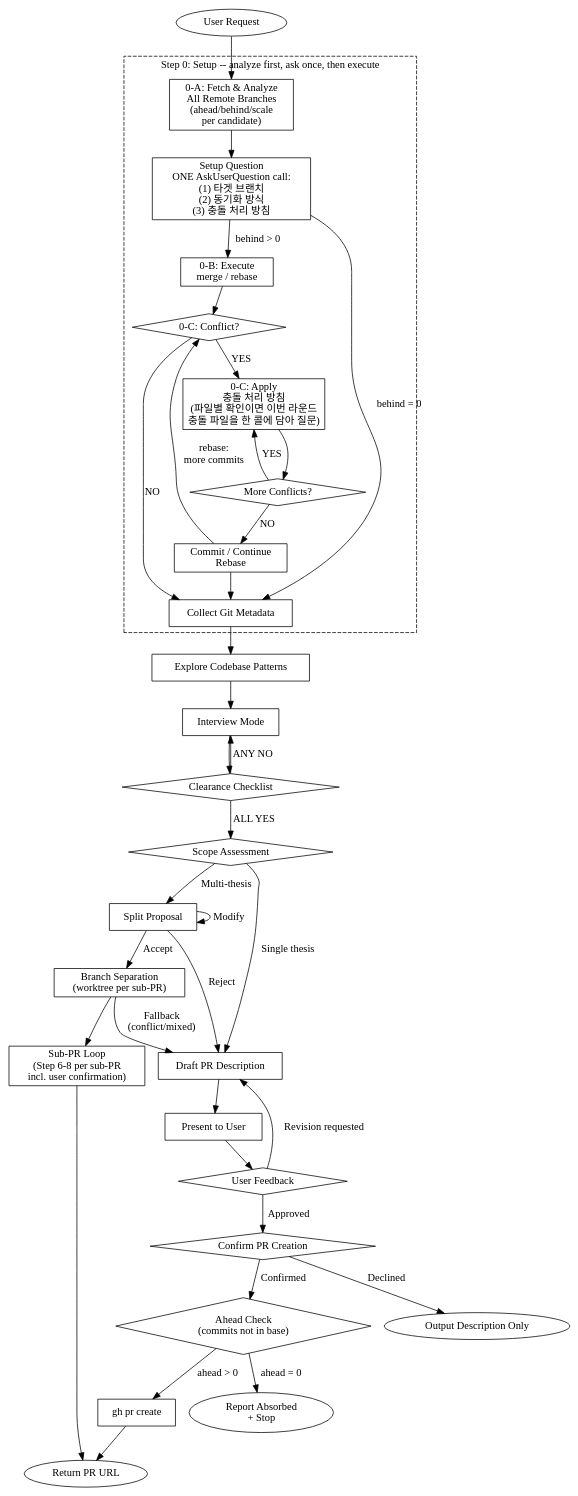
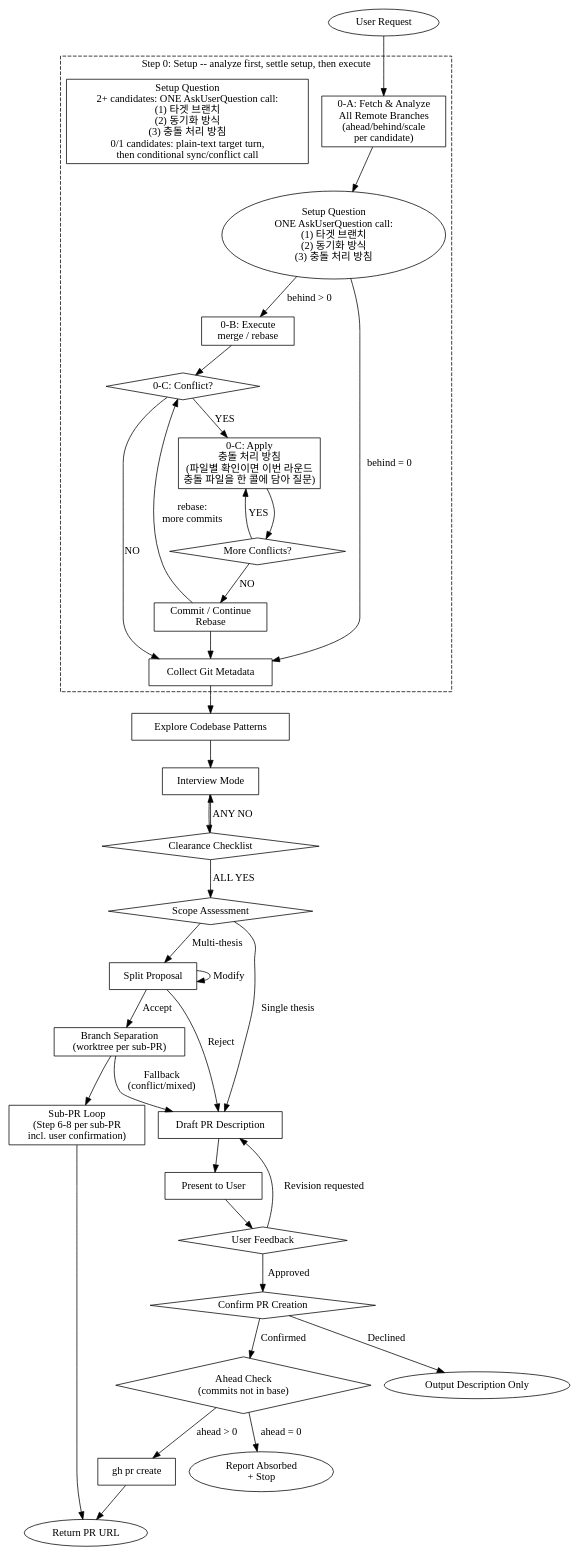
The diagram in skills/make-pr/SKILL.md (toongri/oh-my-toong-playground), drawn with Graphviz before and after one commit. The commit also changed other lines of this file and 1 other file, not shown here.

````diff
--- a/skills/make-pr/SKILL.md
+++ b/skills/make-pr/SKILL.md
@@ -61,73 +61,73 @@
 ```dot
 digraph make_pr_flow {
     rankdir=TB;
 
     "User Request" [shape=ellipse];
 
     subgraph cluster_step0 {
-        label="Step 0: Setup -- analyze first, ask once, then execute";
+        label="Step 0: Setup -- analyze first, settle setup, then execute";
         style=dashed;
         "0-A: Fetch & Analyze\nAll Remote Branches\n(ahead/behind/scale\nper candidate)" [shape=box];
-        "Setup Question\nONE AskUserQuestion call:\n(1) 타겟 브랜치\n(2) 동기화 방식\n(3) 충돌 처리 방침" [shape=box];
+        "Setup Question\n2+ candidates: ONE AskUserQuestion call:\n(1) 타겟 브랜치\n(2) 동기화 방식\n(3) 충돌 처리 방침\n0/1 candidates: plain-text target turn,\nthen conditional sync/conflict call" [shape=box];
         "0-B: Execute\nmerge / rebase" [shape=box];
         "0-C: Conflict?" [shape=diamond];
         "0-C: Apply\n충돌 처리 방침\n(파일별 확인이면 이번 라운드\n충돌 파일을 한 콜에 담아 질문)" [shape=box];
         "More Conflicts?" [shape=diamond];
         "Commit / Continue\nRebase" [shape=box];
 
         "0-A: Fetch & Analyze\nAll Remote Branches\n(ahead/behind/scale\nper candidate)" -> "Setup Question\nONE AskUserQuestion call:\n(1) 타겟 브랜치\n(2) 동기화 방식\n(3) 충돌 처리 방침";
         "Setup Question\nONE AskUserQuestion call:\n(1) 타겟 브랜치\n(2) 동기화 방식\n(3) 충돌 처리 방침" -> "0-B: Execute\nmerge / rebase" [label="behind > 0"];
         "0-B: Execute\nmerge / rebase" -> "0-C: Conflict?";
         "0-C: Conflict?" -> "0-C: Apply\n충돌 처리 방침\n(파일별 확인이면 이번 라운드\n충돌 파일을 한 콜에 담아 질문)" [label="YES"];
         "0-C: Conflict?" -> "Collect Git Metadata" [label="NO"];
         "0-C: Apply\n충돌 처리 방침\n(파일별 확인이면 이번 라운드\n충돌 파일을 한 콜에 담아 질문)" -> "More Conflicts?";
         "More Conflicts?" -> "0-C: Apply\n충돌 처리 방침\n(파일별 확인이면 이번 라운드\n충돌 파일을 한 콜에 담아 질문)" [label="YES"];
         "More Conflicts?" -> "Commit / Continue\nRebase" [label="NO"];
     }
 
     "Collect Git Metadata" [shape=box];
     "Explore Codebase Patterns" [shape=box];
     "Interview Mode" [shape=box];
     "Clearance Checklist" [shape=diamond];
     "Scope Assessment" [shape=diamond];
     "Split Proposal" [shape=box];
     "Branch Separation\n(worktree per sub-PR)" [shape=box];
     "Sub-PR Loop\n(Step 6-8 per sub-PR\nincl. user confirmation)" [shape=box];
     "Draft PR Description" [shape=box];
     "Present to User" [shape=box];
     "User Feedback" [shape=diamond];
     "Confirm PR Creation" [shape=diamond];
     "Ahead Check\n(commits not in base)" [shape=diamond];
     "gh pr create" [shape=box];
     "Return PR URL" [shape=ellipse];
     "Output Description Only" [shape=ellipse];
     "Report Absorbed\n+ Stop" [shape=ellipse];
 
     "User Request" -> "0-A: Fetch & Analyze\nAll Remote Branches\n(ahead/behind/scale\nper candidate)";
     "Setup Question\nONE AskUserQuestion call:\n(1) 타겟 브랜치\n(2) 동기화 방식\n(3) 충돌 처리 방침" -> "Collect Git Metadata" [label="behind = 0"];
     "Commit / Continue\nRebase" -> "Collect Git Metadata";
     "Commit / Continue\nRebase" -> "0-C: Conflict?" [label="rebase:\nmore commits"];
     "Collect Git Metadata" -> "Explore Codebase Patterns";
     "Explore Codebase Patterns" -> "Interview Mode";
     "Interview Mode" -> "Clearance Checklist";
     "Clearance Checklist" -> "Interview Mode" [label="ANY NO"];
     "Clearance Checklist" -> "Scope Assessment" [label="ALL YES"];
     "Scope Assessment" -> "Draft PR Description" [label="Single thesis"];
     "Scope Assessment" -> "Split Proposal" [label="Multi-thesis"];
     "Split Proposal" -> "Branch Separation\n(worktree per sub-PR)" [label="Accept"];
     "Split Proposal" -> "Draft PR Description" [label="Reject"];
     "Split Proposal" -> "Split Proposal" [label="Modify"];
     "Branch Separation\n(worktree per sub-PR)" -> "Sub-PR Loop\n(Step 6-8 per sub-PR\nincl. user confirmation)";
     "Branch Separation\n(worktree per sub-PR)" -> "Draft PR Description" [label="Fallback\n(conflict/mixed)"];
     "Sub-PR Loop\n(Step 6-8 per sub-PR\nincl. user confirmation)" -> "Return PR URL";
     "Draft PR Description" -> "Present to User";
     "Present to User" -> "User Feedback";
     "User Feedback" -> "Draft PR Description" [label="Revision requested"];
     "User Feedback" -> "Confirm PR Creation" [label="Approved"];
     "Confirm PR Creation" -> "Output Description Only" [label="Declined"];
     "Confirm PR Creation" -> "Ahead Check\n(commits not in base)" [label="Confirmed"];
     "Ahead Check\n(commits not in base)" -> "gh pr create" [label="ahead > 0"];
     "Ahead Check\n(commits not in base)" -> "Report Absorbed\n+ Stop" [label="ahead = 0"];
     "gh pr create" -> "Return PR URL";
 }
 ```
````
